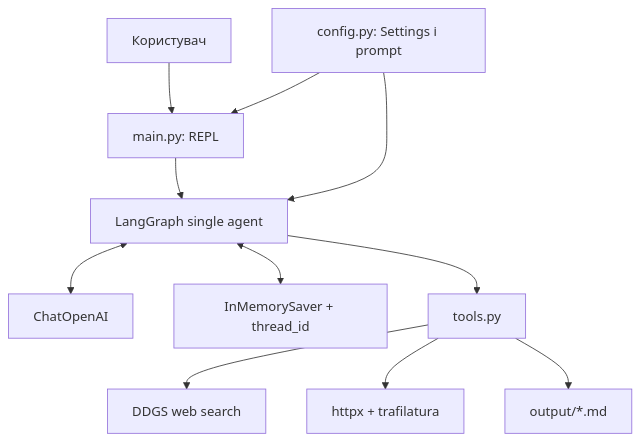
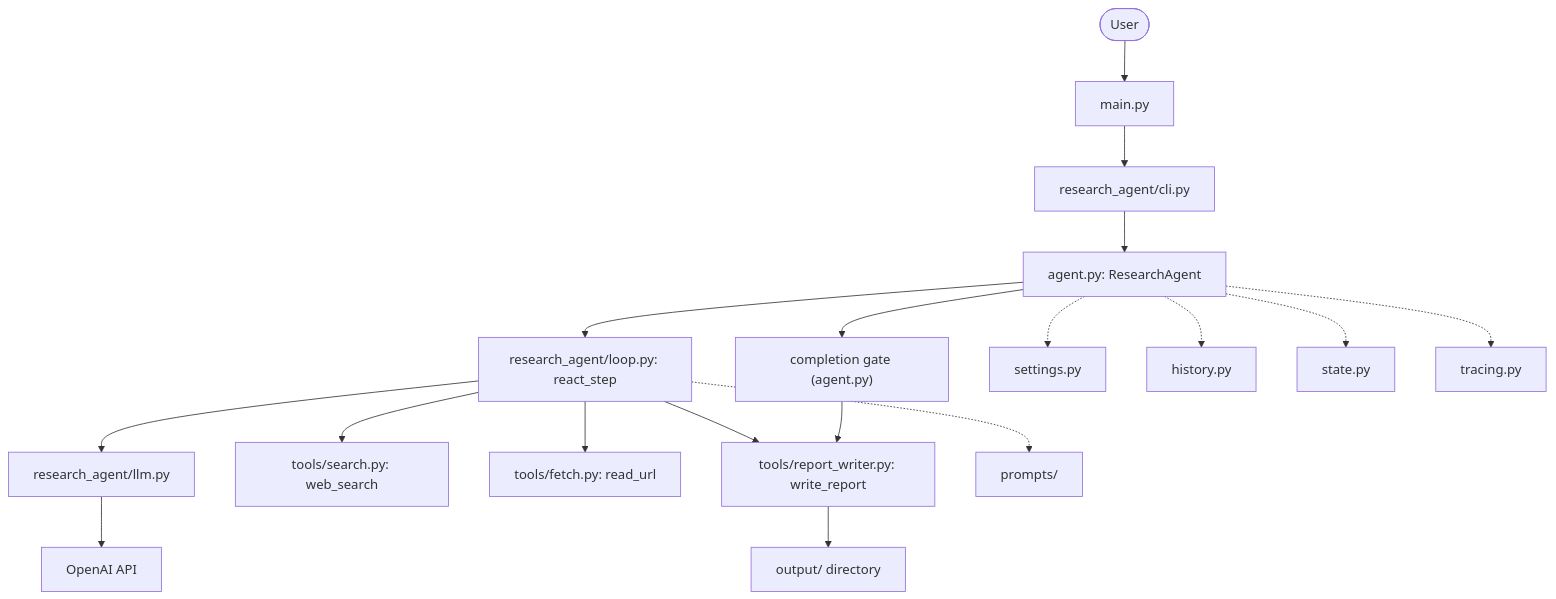
One commit to felkost/Multi-Agent-systems-homework-lesson-4 changed the first of 2 diagrams in README.md. Above: the diagram before and after it, drawn with Mermaid. The commit also changed other lines of this file, not shown here.

````diff
--- a/README.md
+++ b/README.md
@@ -28,13 +58,20 @@
 ```mermaid
 flowchart TD
-    U["Користувач"] --> CLI["main.py: REPL"]
-    CLI --> AG["LangGraph single agent"]
-    CFG["config.py: Settings і prompt"] --> CLI
-    CFG --> AG
-    AG <--> LLM["ChatOpenAI"]
-    AG <--> MEM["InMemorySaver + thread_id"]
-    AG --> TOOLS["tools.py"]
-    TOOLS --> SEARCH["DDGS web search"]
-    TOOLS --> READ["httpx + trafilatura"]
-    TOOLS --> REPORT["output/*.md"]
+    U(["User"]) --> M["main.py"]
+    M --> CLI["research_agent/cli.py"]
+    CLI --> AG["agent.py: ResearchAgent"]
+    AG --> REACT["research_agent/loop.py: react_step"]
+    AG --> GATE["completion gate (agent.py)"]
+    REACT --> LLM["research_agent/llm.py"]
+    LLM --> API["OpenAI API"]
+    REACT --> SEARCH["tools/search.py: web_search"]
+    REACT --> FETCH["tools/fetch.py: read_url"]
+    REACT --> WRITER["tools/report_writer.py: write_report"]
+    GATE --> WRITER
+    WRITER --> OUT["output/ directory"]
+    AG -.-> SET["settings.py"]
+    AG -.-> HIST["history.py"]
+    AG -.-> STATE["state.py"]
+    AG -.-> TRACE["tracing.py"]
+    REACT -.-> PROMPTS["prompts/"]
 ```
````
